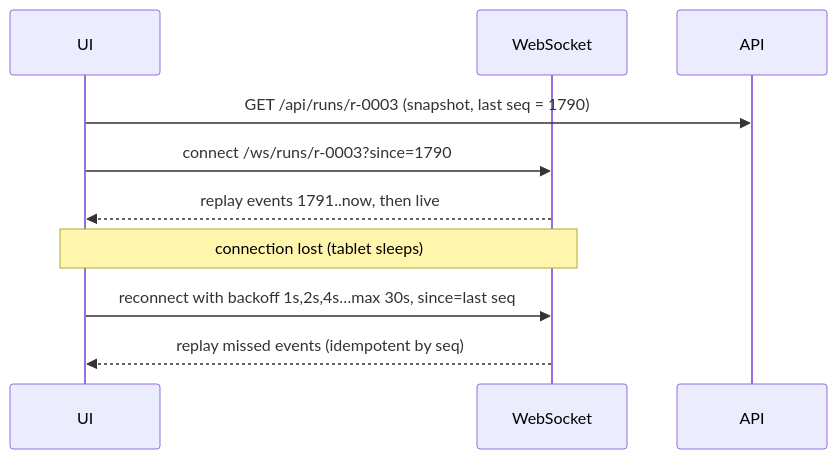
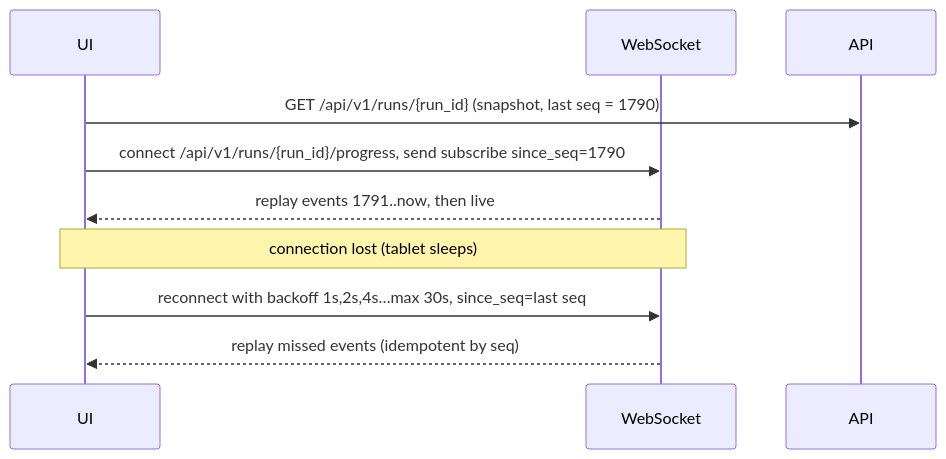
Before and after one commit to vikranthsai310/sih2026-2: the fourth of 4 diagrams in docs/09-viewer-and-ui.md, drawn with Mermaid. The commit also changed other lines of this file and 12 other files, not shown here.

````diff
--- a/docs/09-viewer-and-ui.md
+++ b/docs/09-viewer-and-ui.md
@@ -775,12 +780,12 @@
 ```mermaid
 sequenceDiagram
     participant UI
     participant WS as WebSocket
     participant API
-    UI->>API: GET /api/runs/r-0003 (snapshot, last seq = 1790)
-    UI->>WS: connect /ws/runs/r-0003?since=1790
+    UI->>API: GET /api/v1/runs/{run_id} (snapshot, last seq = 1790)
+    UI->>WS: connect /api/v1/runs/{run_id}/progress, send subscribe since_seq=1790
     WS-->>UI: replay events 1791..now, then live
     Note over UI,WS: connection lost (tablet sleeps)
-    UI->>WS: reconnect with backoff 1s,2s,4s…max 30s, since=last seq
+    UI->>WS: reconnect with backoff 1s,2s,4s…max 30s, since_seq=last seq
     WS-->>UI: replay missed events (idempotent by seq)
 ```
````
